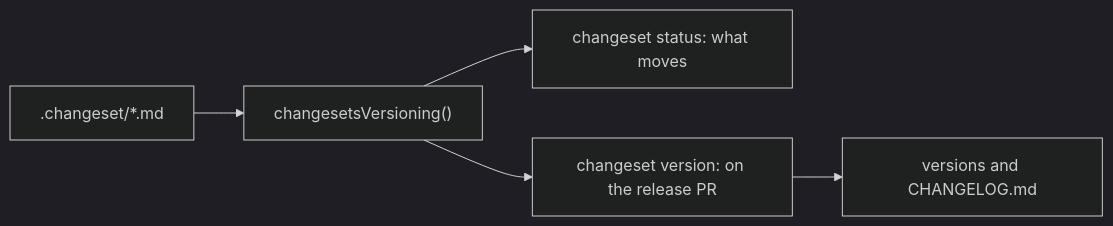
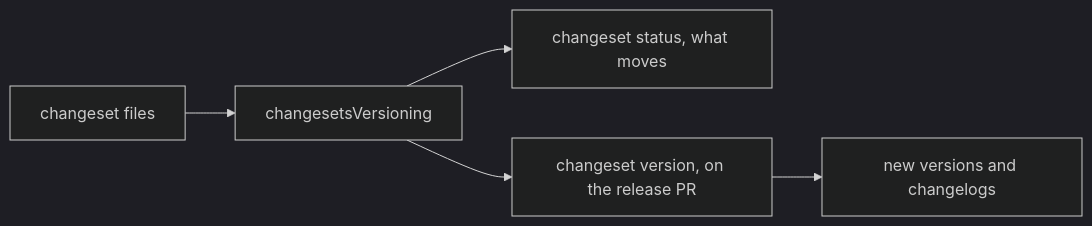
One commit to arnaud-zg/packages changed the diagram in packages/shiplane-changesets/README.md. Above: the diagram before and after it, drawn with Mermaid (dark theme). The commit also changed other lines of this file and 7 other files, not shown here.

````diff
--- a/packages/shiplane-changesets/README.md
+++ b/packages/shiplane-changesets/README.md
@@ -7,7 +7,7 @@
 ```mermaid
 flowchart LR
-    CS[".changeset/*.md"] --> AD["changesetsVersioning()"]
-    AD --> STATUS["changeset status: what moves"]
-    AD --> VERSION["changeset version: on the release PR"]
-    VERSION --> OUT["versions and CHANGELOG.md"]
+    CS["changeset files"] --> AD["changesetsVersioning"]
+    AD --> STATUS["changeset status, what moves"]
+    AD --> VERSION["changeset version, on the release PR"]
+    VERSION --> OUT["new versions and changelogs"]
 ```
````
